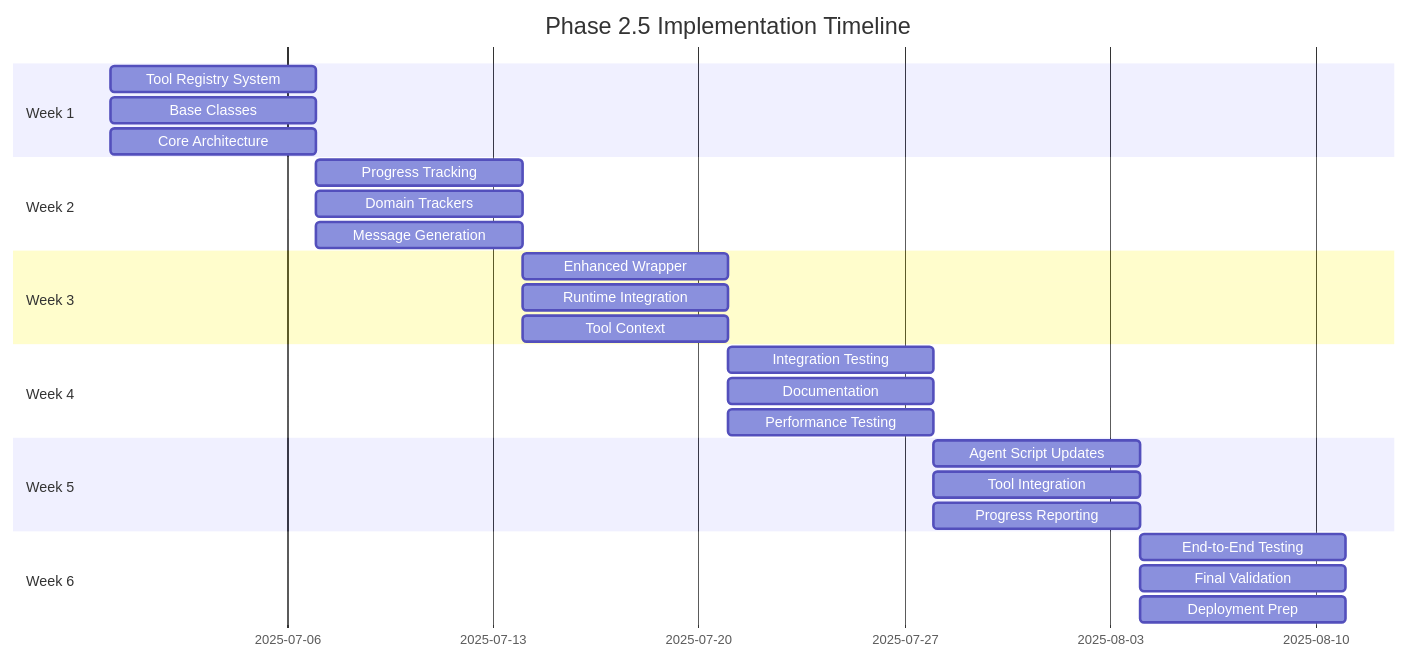
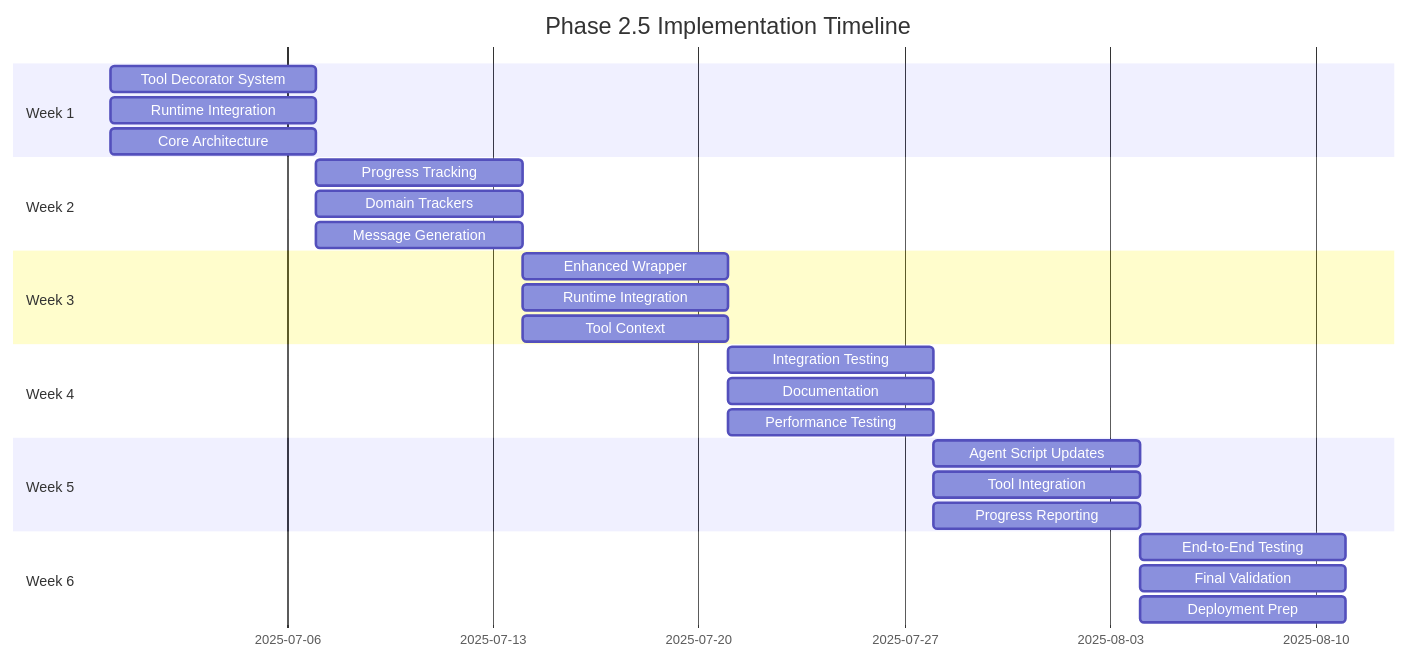
One commit to agentplug/agenthub changed the diagram in docs/.implementation_design/phase2.5_semantic_progress_tools/05_implementation_roadmap.md. Above: the diagram before and after it, drawn with Mermaid. The commit also changed other lines of this file, not shown here.

First line of the commit message:
docs: update Phase 2.5 roadmap Gantt chart

````diff
--- a/docs/.implementation_design/phase2.5_semantic_progress_tools/05_implementation_roadmap.md
+++ b/docs/.implementation_design/phase2.5_semantic_progress_tools/05_implementation_roadmap.md
@@ -18,34 +18,34 @@
 ```mermaid
 gantt
     title Phase 2.5 Implementation Timeline
     dateFormat  YYYY-MM-DD
     section Week 1
-    Tool Registry System     :a1, 2025-06-30, 7d
-    Base Classes            :a2, 2025-06-30, 7d
-    Core Architecture      :a3, 2025-06-30, 7d
+    Tool Decorator System     :a1, 2025-06-30, 7d
+    Runtime Integration       :a2, 2025-06-30, 7d
+    Core Architecture        :a3, 2025-06-30, 7d
     
     section Week 2
     Progress Tracking      :b1, 2025-07-07, 7d
     Domain Trackers        :b2, 2025-07-07, 7d
     Message Generation     :b3, 2025-07-07, 7d
     
     section Week 3
     Enhanced Wrapper       :c1, 2025-07-14, 7d
     Runtime Integration    :c2, 2025-07-14, 7d
     Tool Context           :c3, 2025-07-14, 7d
     
     section Week 4
     Integration Testing    :d1, 2025-07-21, 7d
     Documentation          :d2, 2025-07-21, 7d
     Performance Testing    :d3, 2025-07-21, 7d
     
     section Week 5
     Agent Script Updates   :e1, 2025-07-28, 7d
     Tool Integration       :e2, 2025-07-28, 7d
     Progress Reporting     :e3, 2025-07-28, 7d
     
     section Week 6
     End-to-End Testing     :f1, 2025-08-04, 7d
     Final Validation       :f2, 2025-08-04, 7d
     Deployment Prep        :f3, 2025-08-04, 7d
 ```
````
